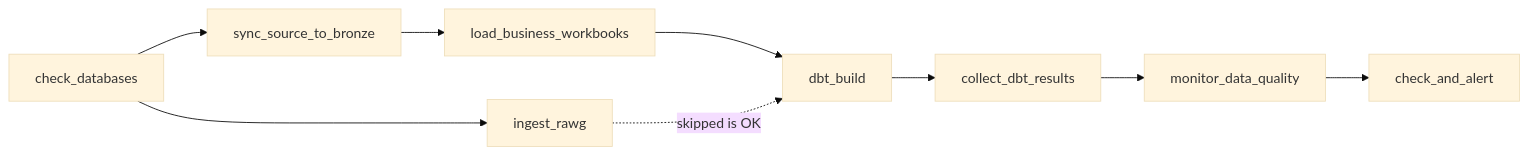
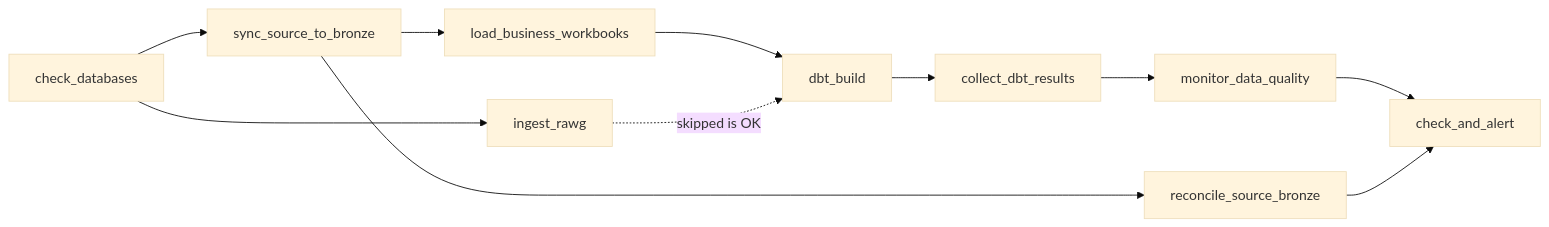
The second of 2 diagrams in README.md (Bskaa/DAMA-Mongolia-Capstone-Project), drawn with Mermaid (base theme) before and after one commit. The commit also changed other lines of this file and 34 other files, not shown here.

````diff
--- a/README.md
+++ b/README.md
@@ -66,9 +66,11 @@
 ```mermaid
 flowchart LR
     A[check_databases] --> B[sync_source_to_bronze]
     A --> C[ingest_rawg]
     B --> D[load_business_workbooks]
+    B --> R[reconcile_source_bronze]
     D --> E[dbt_build]
     C -. skipped is OK .-> E
     E --> H[collect_dbt_results] --> F[monitor_data_quality] --> G[check_and_alert]
+    R --> G
 ```
````
